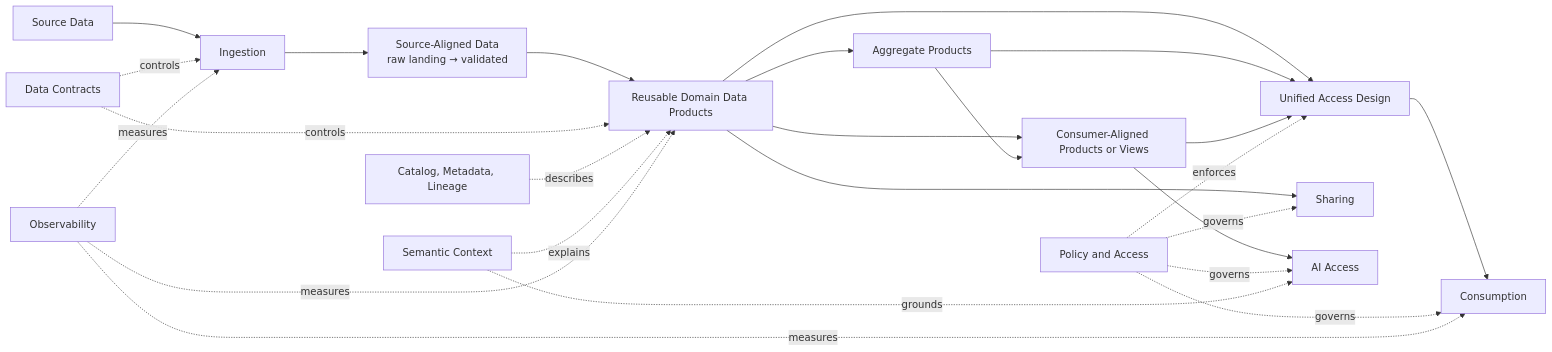
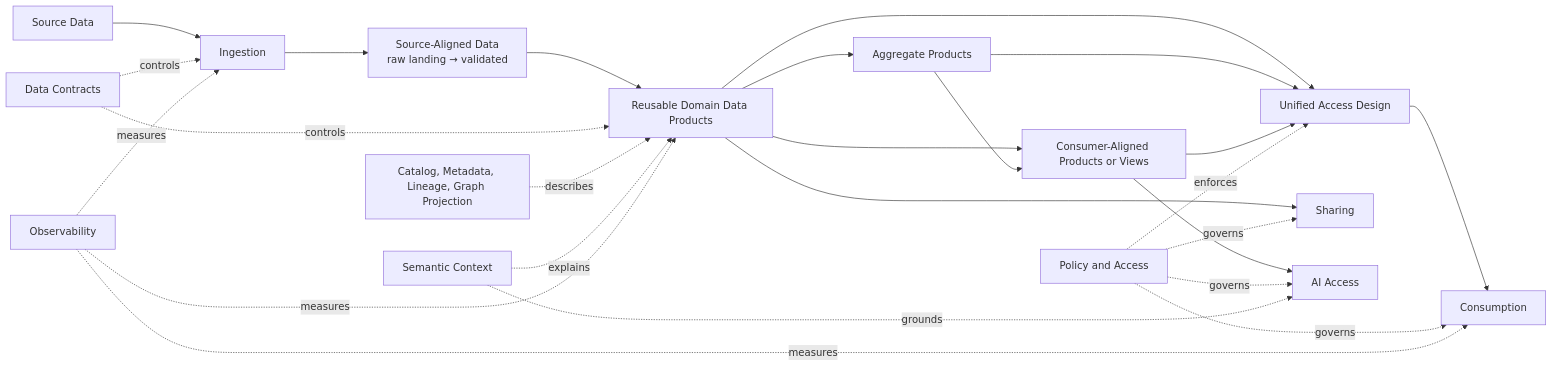
Before and after one commit to cong78/data-foundation-architecture: the diagram in docs/architecture/data-foundation-model.md, drawn with Mermaid. The commit also changed 2 other files, not shown here.

Commit message:
Clarify catalog and knowledge graph architecture

````diff
--- a/docs/architecture/data-foundation-model.md
+++ b/docs/architecture/data-foundation-model.md
@@ -18,28 +18,28 @@
 ```mermaid
 flowchart LR
     SRC[Source Data] --> ING[Ingestion]
     ING --> SA["Source-Aligned Data<br/>raw landing → validated"]
     SA --> PROD[Reusable Domain Data Products]
     PROD --> AGG[Aggregate Products]
     PROD --> CA[Consumer-Aligned Products or Views]
     AGG --> CA
     PROD --> ACCESS[Unified Access Design]
     AGG --> ACCESS
     CA --> ACCESS
     ACCESS --> CONS[Consumption]
     PROD --> SHARE[Sharing]
     CA --> AI[AI Access]
 
     CONTRACT[Data Contracts] -. controls .-> ING
     CONTRACT -. controls .-> PROD
     POLICY[Policy and Access] -. governs .-> CONS
     POLICY -. enforces .-> ACCESS
     POLICY -. governs .-> SHARE
     POLICY -. governs .-> AI
-    META[Catalog, Metadata, Lineage] -. describes .-> PROD
+    META[Catalog, Metadata, Lineage, Graph Projection] -. describes .-> PROD
     SEM[Semantic Context] -. explains .-> PROD
     SEM -. grounds .-> AI
     OBS[Observability] -. measures .-> ING
     OBS -. measures .-> PROD
     OBS -. measures .-> CONS
 ```
````
